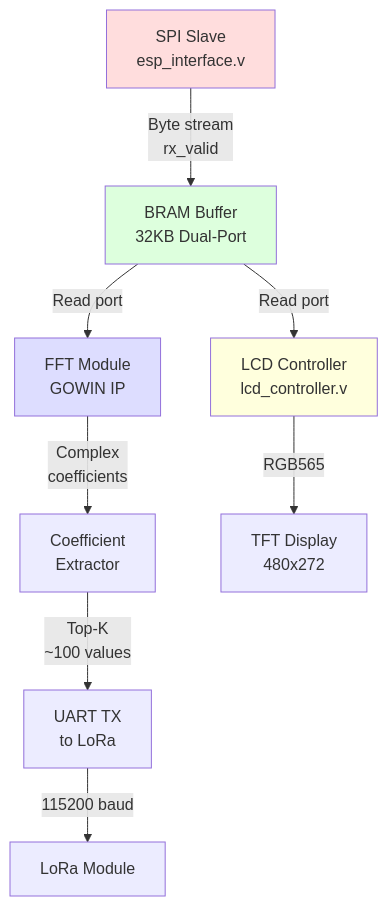
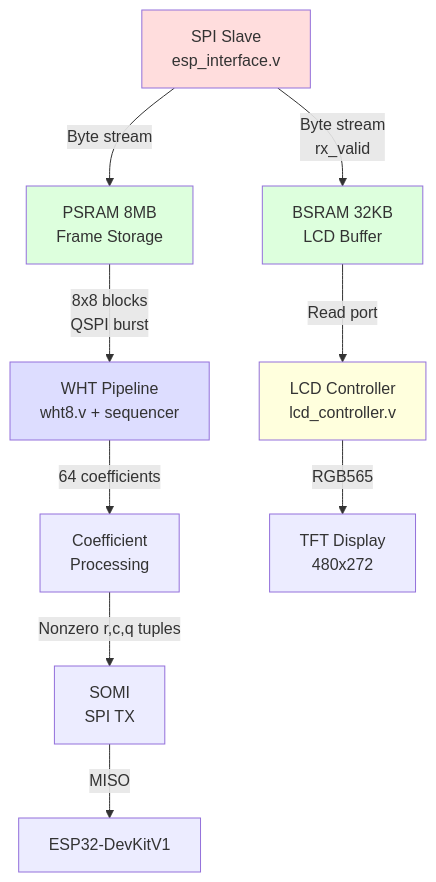
The first of 2 diagrams in fpga/docs/SDD/SDD400.md (ColeZenk/SD403_TrailCamera_NDSU), drawn with Mermaid before and after one commit. The commit also changed other lines of this file and 45 other files, not shown here.

````diff
--- a/fpga/docs/SDD/SDD400.md
+++ b/fpga/docs/SDD/SDD400.md
@@ -73,23 +76,26 @@
 ```mermaid
 flowchart TD
     SPI[SPI Slave<br/>esp_interface.v]
-    BRAM[BRAM Buffer<br/>32KB Dual-Port]
+    BRAM[BSRAM 32KB<br/>LCD Buffer]
+    PSRAM[PSRAM 8MB<br/>Frame Storage]
     LCD_CTRL[LCD Controller<br/>lcd_controller.v]
-    FFT[FFT Module<br/>GOWIN IP]
-    COEFF[Coefficient<br/>Extractor]
-    UART[UART TX<br/>to LoRa]
+    WHT[WHT Pipeline<br/>wht8.v + sequencer]
+    COEFF[Coefficient<br/>Processing]
+    SOMI[SOMI<br/>SPI TX]
     TFT[TFT Display<br/>480x272]
 
     SPI -->|Byte stream<br/>rx_valid| BRAM
+    SPI -->|Byte stream| PSRAM
     BRAM -->|Read port| LCD_CTRL
-    BRAM -->|Read port| FFT
     LCD_CTRL -->|RGB565| TFT
-    FFT -->|Complex<br/>coefficients| COEFF
-    COEFF -->|Top-K<br/>~100 values| UART
-    UART -->|115200 baud| LORA_TX[LoRa Module]
+    PSRAM -->|8x8 blocks<br/>QSPI burst| WHT
+    WHT -->|64 coefficients| COEFF
+    COEFF -->|Nonzero r,c,q tuples| SOMI
+    SOMI -->|MISO| ESP32[ESP32-DevKitV1]
 
     style SPI fill:#ffdddd
     style BRAM fill:#ddffdd
-    style FFT fill:#ddddff
+    style PSRAM fill:#ddffdd
+    style WHT fill:#ddddff
     style LCD_CTRL fill:#ffffdd
 ```
````
